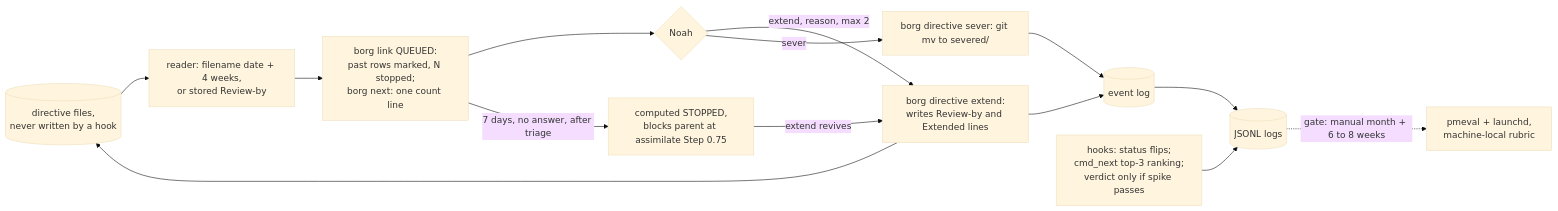
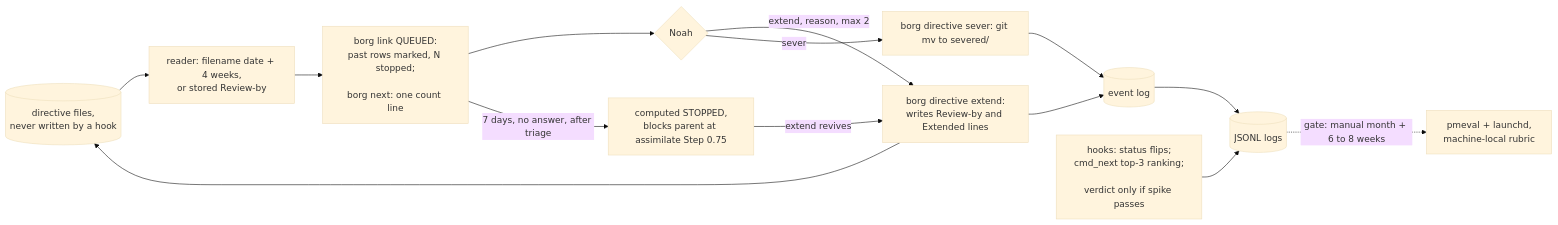
Before and after one commit to noah-goodrich/borg-collective: the sixth of 6 diagrams in docs/research/2026-10-04-pm-capabilities-build-adopt-outsource/recommendation.md, drawn with Mermaid (base theme).

Commit message:
docs(research): wrap two mermaid labels to 72 columns

````diff
--- a/docs/research/2026-10-04-pm-capabilities-build-adopt-outsource/recommendation.md
+++ b/docs/research/2026-10-04-pm-capabilities-build-adopt-outsource/recommendation.md
@@ -389,24 +389,26 @@
 ```mermaid
 flowchart LR
     DF[("directive files,<br/>never written by a hook")]
     RD["reader: filename date + 4 weeks,<br/>or stored Review-by"]
     DF --> RD
-    S["borg link QUEUED:<br/>past rows marked, N stopped;<br/>borg next: one count line"]
+    S["borg link QUEUED:<br/>past rows marked, N stopped;
+    <br/>borg next: one count line"]
     RD --> S
     S --> HU{Noah}
     X["borg directive extend:<br/>writes Review-by and Extended lines"]
     HU -->|extend, reason, max 2| X
     HU -->|sever| SV[borg directive sever: git mv to severed/]
     X --> DF
     ST["computed STOPPED,<br/>blocks parent at assimilate Step 0.75"]
     S -->|7 days, no answer, after triage| ST
     ST -->|extend revives| X
     X --> EV[(event log)]
     SV --> EV
-    H["hooks: status flips;<br/>cmd_next top-3 ranking;<br/>verdict only if spike passes"]
+    H["hooks: status flips;<br/>cmd_next top-3 ranking;
+    <br/>verdict only if spike passes"]
     L[("JSONL logs")]
     H --> L
     EV --> L
     P["pmeval + launchd,<br/>machine-local rubric"]
     L -. gate: manual month + 6 to 8 weeks .-> P
 ```
````
